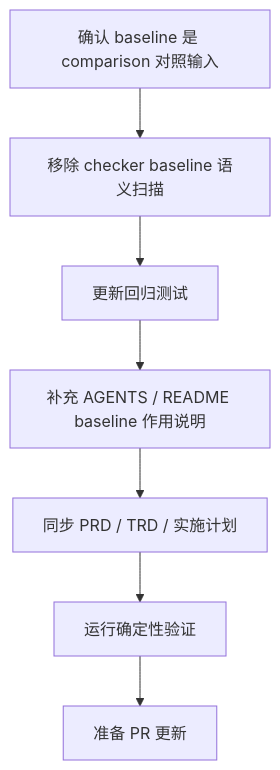
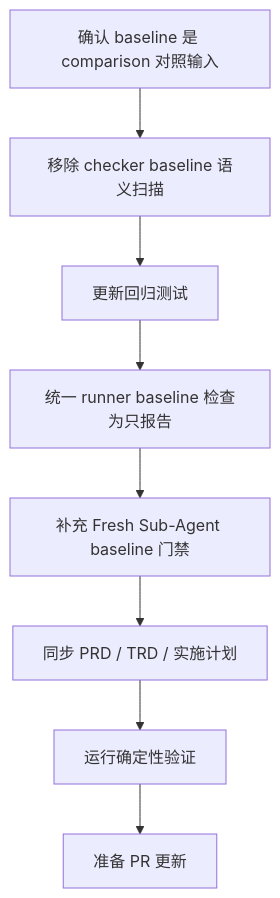
One commit to Neplich/dev-agent-skills changed the diagram in docs/engineer/eval-baseline-evidence-contract/IMPLEMENTATION_PLAN.md. Above: the diagram before and after it, drawn with Mermaid. The commit also changed other lines of this file and 19 other files, not shown here.

Commit message:
fix: 统一 baseline runner 门禁

````diff
--- a/docs/engineer/eval-baseline-evidence-contract/IMPLEMENTATION_PLAN.md
+++ b/docs/engineer/eval-baseline-evidence-contract/IMPLEMENTATION_PLAN.md
@@ -95,9 +108,10 @@
 ```mermaid
 flowchart TD
     A["确认 baseline 是 comparison 对照输入"] --> B["移除 checker baseline 语义扫描"]
     B --> C["更新回归测试"]
-    C --> D["补充 AGENTS / README baseline 作用说明"]
-    D --> E["同步 PRD / TRD / 实施计划"]
-    E --> F["运行确定性验证"]
-    F --> G["准备 PR 更新"]
+    C --> D["统一 runner baseline 检查为只报告"]
+    D --> E["补充 Fresh Sub-Agent baseline 门禁"]
+    E --> F["同步 PRD / TRD / 实施计划"]
+    F --> G["运行确定性验证"]
+    G --> H["准备 PR 更新"]
 ```
````
